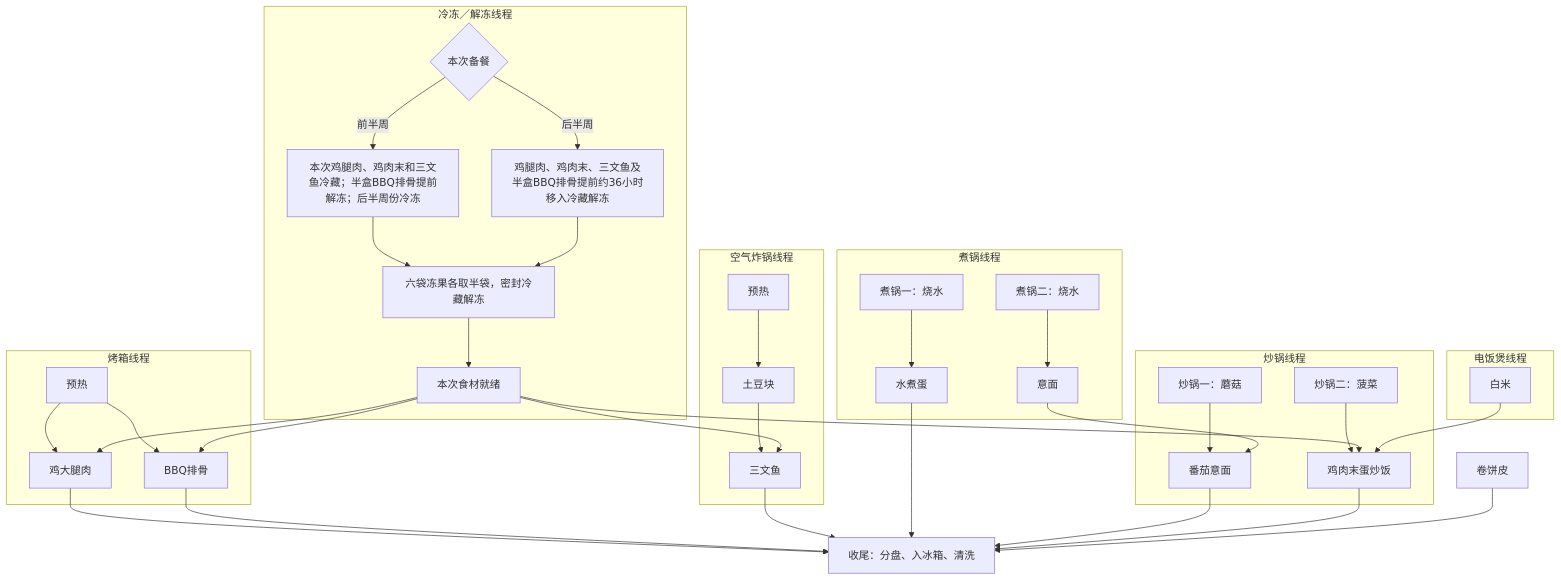
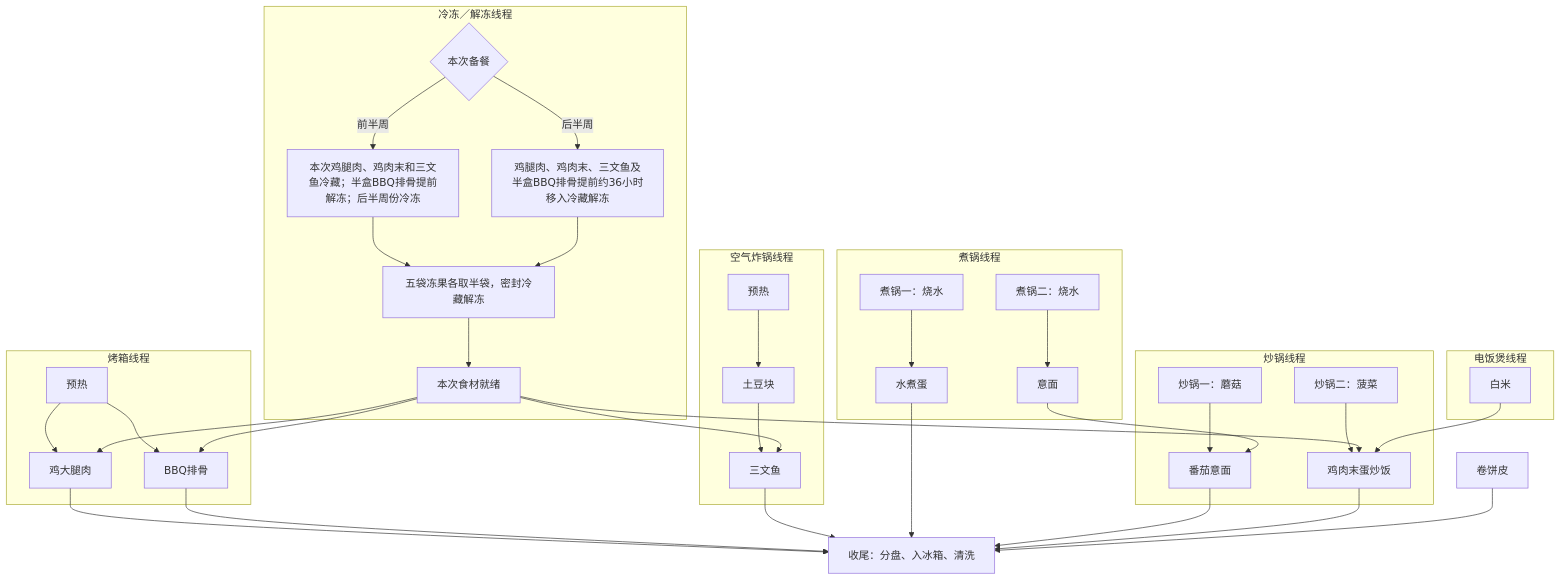
The diagram in content/posts/healthy-eating-plan.md (yunhaixiang/yhmath), drawn with Mermaid before and after one commit. The commit also changed other lines of this file and 9 other files, not shown here.

````diff
--- a/content/posts/healthy-eating-plan.md
+++ b/content/posts/healthy-eating-plan.md
@@ -107,41 +106,41 @@
 ```mermaid
 flowchart TB
     subgraph cold[冷冻／解冻线程]
         C0{本次备餐} -->|前半周| C1[本次鸡腿肉、鸡肉末和三文鱼冷藏；半盒BBQ排骨提前解冻；后半周份冷冻]
         C0 -->|后半周| C2[鸡腿肉、鸡肉末、三文鱼及半盒BBQ排骨提前约36小时移入冷藏解冻]
-        C1 --> C4[六袋冻果各取半袋，密封冷藏解冻]
+        C1 --> C4[五袋冻果各取半袋，密封冷藏解冻]
         C2 --> C4
         C4 --> C3[本次食材就绪]
     end
     subgraph rice[电饭煲线程]
         SR[白米]
     end
     subgraph oven[烤箱线程]
         SO0[预热] --> SO2[鸡大腿肉]
         SO0 --> SO1[BBQ排骨]
     end
     subgraph air[空气炸锅线程]
         SA0[预热] --> SA4[土豆块] --> SA1[三文鱼]
     end
     subgraph pots[煮锅线程]
         SP0[煮锅一：烧水] --> SP2[水煮蛋]
         SP3[煮锅二：烧水] --> SP1[意面]
     end
     subgraph woks[炒锅线程]
         SW1[炒锅一：蘑菇] --> SW3[番茄意面]
         SW2[炒锅二：菠菜] --> SW4[鸡肉末蛋炒饭]
     end
     C3 --> SO2
     C3 --> SO1
     C3 --> SA1
     C3 --> SW4
     SR --> SW4
     SP1 --> SW3
     SO2 --> SF[收尾：分盘、入冰箱、清洗]
     SO1 --> SF
     SA1 --> SF
     SP2 --> SF
     SW3 --> SF
     SW4 --> SF
     ST[卷饼皮] --> SF
 ```
````
